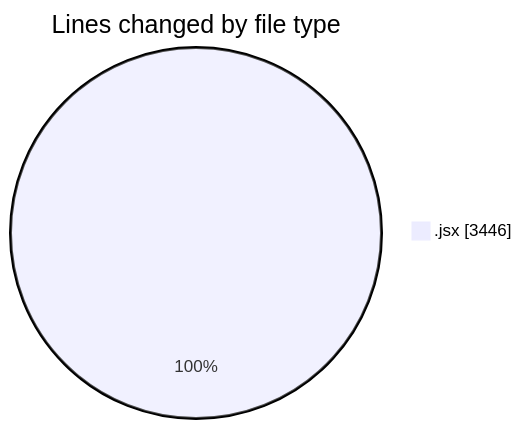
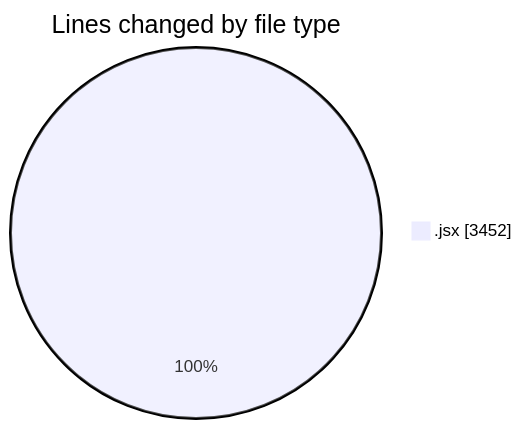
The first of 2 diagrams in 2025-05-14/argos-dev/README.md (nxtqubesakshisongat/code-tracking), drawn with Mermaid before and after one commit. The commit also changed other lines of this file and 1 other file, not shown here.

````diff
--- a/2025-05-14/argos-dev/README.md
+++ b/2025-05-14/argos-dev/README.md
@@ -24,5 +24,5 @@
 ```mermaid
 pie showData
 title Lines changed by file type
-".jsx" : 3446
+".jsx" : 3452
 ```
````
